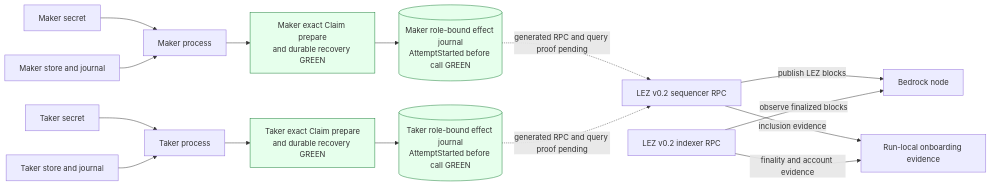
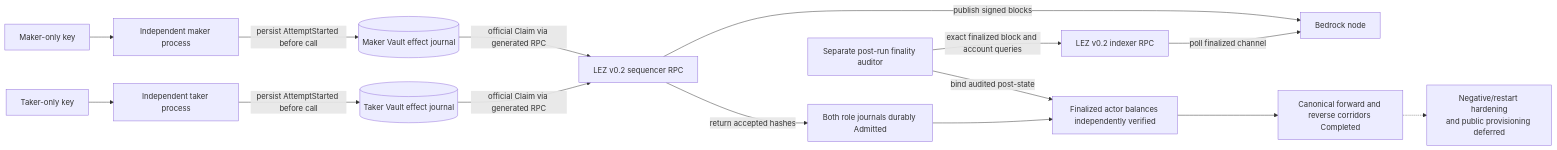
Before and after one commit to gateway-fm/lez-atomic-swaps: the first of 3 diagrams in docs/architecture/0025-independent-lez-v02-vault-onboarding.md, drawn with Mermaid. The commit also changed other lines of this file and 12 other files, not shown here.

Commit message:
docs: reconcile M2 architecture with canonical evidence

````diff
--- a/docs/architecture/0025-independent-lez-v02-vault-onboarding.md
+++ b/docs/architecture/0025-independent-lez-v02-vault-onboarding.md
@@ -5,35 +5,32 @@
 ```mermaid
 flowchart LR
-    Maker["Maker process"]
-    MakerPrepare["Maker exact Claim prepare<br/>and durable recovery GREEN"]
-    MakerAttempt[("Maker role-bound effect journal<br/>AttemptStarted before call GREEN")]
-    MakerSecret["Maker secret"]
-    MakerStore["Maker store and journal"]
-    Taker["Taker process"]
-    TakerPrepare["Taker exact Claim prepare<br/>and durable recovery GREEN"]
-    TakerAttempt[("Taker role-bound effect journal<br/>AttemptStarted before call GREEN")]
-    TakerSecret["Taker secret"]
-    TakerStore["Taker store and journal"]
+    Maker["Independent maker process"]
+    MakerSecret["Maker-only key"]
+    MakerJournal[("Maker Vault effect journal")]
+    Taker["Independent taker process"]
+    TakerSecret["Taker-only key"]
+    TakerJournal[("Taker Vault effect journal")]
     Sequencer["LEZ v0.2 sequencer RPC"]
     Bedrock["Bedrock node"]
     Indexer["LEZ v0.2 indexer RPC"]
-    Evidence["Run-local onboarding evidence"]
+    Admitted["Both role journals durably Admitted"]
+    Auditor["Separate post-run finality auditor"]
+    Ready["Finalized actor balances independently verified"]
+    Corridor["Canonical forward and reverse corridors Completed"]
+    Deferred["Negative/restart hardening<br/>and public provisioning deferred"]
 
     MakerSecret --> Maker
-    MakerStore --> Maker
     TakerSecret --> Taker
-    TakerStore --> Taker
-    Maker --> MakerPrepare
-    Taker --> TakerPrepare
-    MakerPrepare --> MakerAttempt
-    TakerPrepare --> TakerAttempt
-    MakerAttempt -.->|"generated RPC and query proof pending"| Sequencer
-    TakerAttempt -.->|"generated RPC and query proof pending"| Sequencer
-    Sequencer -->|"publish LEZ blocks"| Bedrock
-    Indexer -->|"observe finalized blocks"| Bedrock
-    Sequencer -->|"inclusion evidence"| Evidence
-    Indexer -->|"finality and account evidence"| Evidence
-
-    classDef running fill:#e6ffec,stroke:#1a7f37;
-    class MakerPrepare,TakerPrepare,MakerAttempt,TakerAttempt running;
+    Maker -->|"persist AttemptStarted before call"| MakerJournal
+    Taker -->|"persist AttemptStarted before call"| TakerJournal
+    MakerJournal -->|"official Claim via generated RPC"| Sequencer
+    TakerJournal -->|"official Claim via generated RPC"| Sequencer
+    Sequencer -->|"return accepted hashes"| Admitted
+    Sequencer -->|"publish signed blocks"| Bedrock
+    Indexer -->|"poll finalized channel"| Bedrock
+    Auditor -->|"exact finalized block and account queries"| Indexer
+    Auditor -->|"bind audited post-state"| Ready
+    Admitted --> Ready
+    Ready --> Corridor
+    Corridor -.-> Deferred
 ```
````
